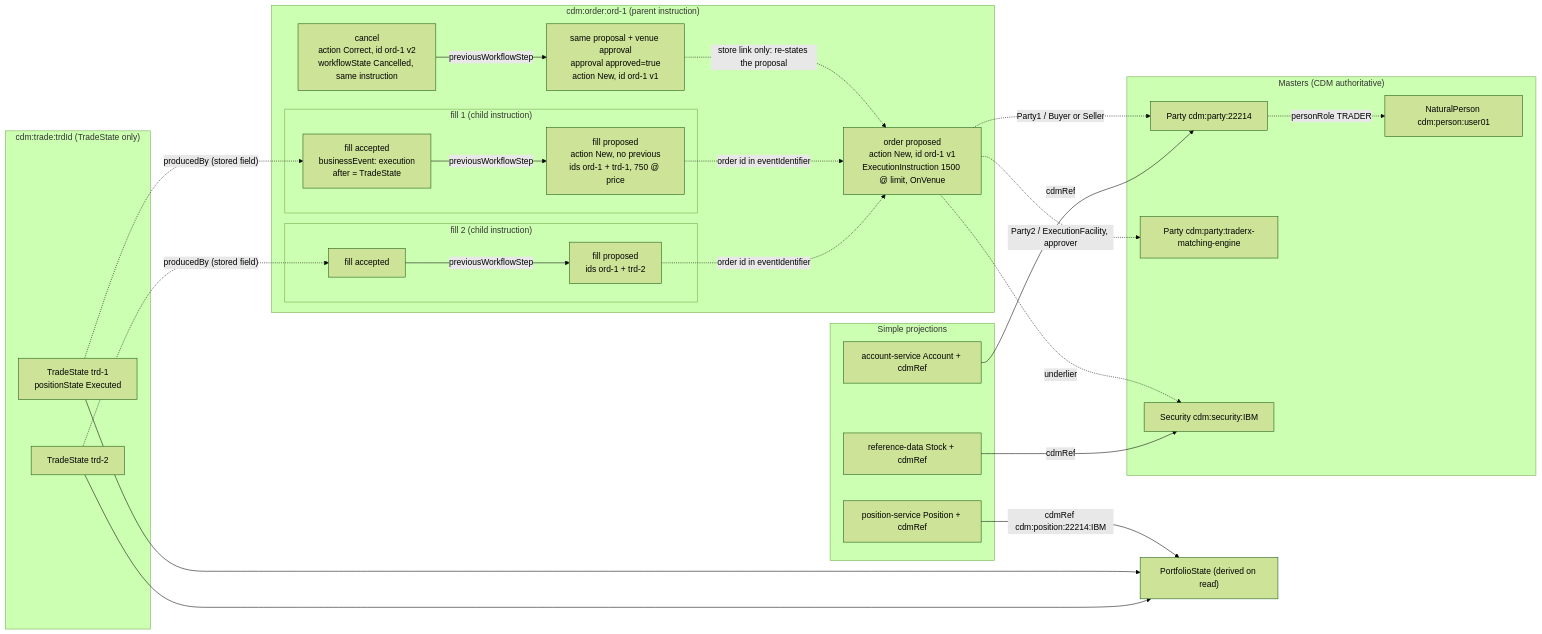
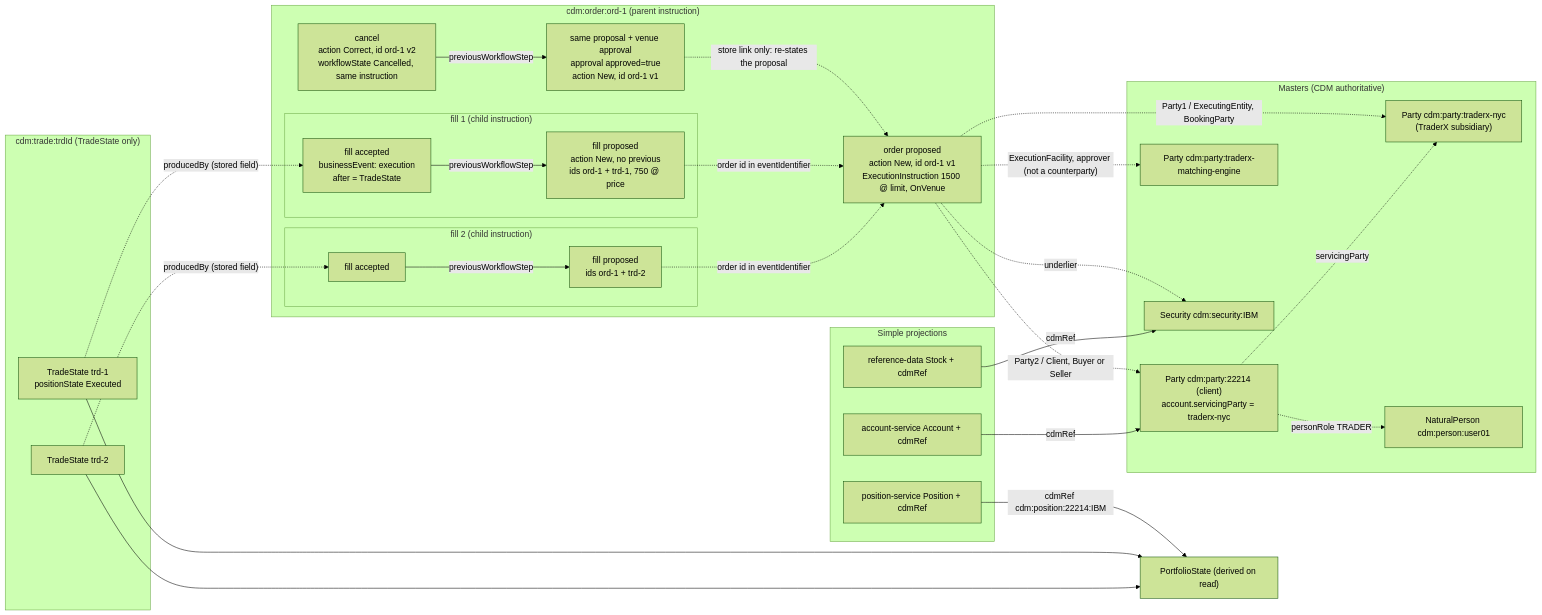
Before and after one commit to iansloyan/traderX: the diagram in specs/017-cdm-lifecycle-mapping/contracts/cdm-mapping.md, drawn with Mermaid (forest theme). The commit also changed other lines of this file and 13 other files, not shown here.

First line of the commit message:
docs(017): dealer/client party model across UI, scenarios and specs

````diff
--- a/specs/017-cdm-lifecycle-mapping/contracts/cdm-mapping.md
+++ b/specs/017-cdm-lifecycle-mapping/contracts/cdm-mapping.md
@@ -47,51 +47,54 @@
 ```mermaid
 flowchart LR
   subgraph order["cdm:order:ord-1 (parent instruction)"]
     P["order proposed<br/>action New, id ord-1 v1<br/>ExecutionInstruction 1500 @ limit, OnVenue"]
     AP["same proposal + venue approval<br/>approval approved=true<br/>action New, id ord-1 v1"]
     C["cancel<br/>action Correct, id ord-1 v2<br/>workflowState Cancelled, same instruction"]
     subgraph fill1["fill 1 (child instruction)"]
       FP1["fill proposed<br/>action New, no previous<br/>ids ord-1 + trd-1, 750 @ price"]
       FA1["fill accepted<br/>businessEvent: execution<br/>after = TradeState"]
     end
     subgraph fill2["fill 2 (child instruction)"]
       FP2["fill proposed<br/>ids ord-1 + trd-2"]
       FA2["fill accepted"]
     end
   end
   AP -.->|"store link only: re-states the proposal"| P
   C -->|previousWorkflowStep| AP
   FA1 -->|previousWorkflowStep| FP1
   FA2 -->|previousWorkflowStep| FP2
   FP1 -.->|"order id in eventIdentifier"| P
   FP2 -.->|"order id in eventIdentifier"| P
 
   subgraph trades["cdm:trade:trdId (TradeState only)"]
     T1["TradeState trd-1<br/>positionState Executed"]
     T2["TradeState trd-2"]
   end
   T1 -.->|"producedBy (stored field)"| FA1
   T2 -.->|"producedBy (stored field)"| FA2
 
   subgraph masters["Masters (CDM authoritative)"]
-    PA["Party cdm:party:22214"]
+    PA["Party cdm:party:22214 (client)<br/>account.servicingParty = traderx-nyc"]
+    DE["Party cdm:party:traderx-nyc<br/>(TraderX subsidiary)"]
     VE["Party cdm:party:traderx-matching-engine"]
     NP["NaturalPerson cdm:person:user01"]
     SE["Security cdm:security:IBM"]
   end
-  P -. "Party1 / Buyer or Seller" .-> PA
-  P -. "Party2 / ExecutionFacility, approver" .-> VE
+  P -. "Party2 / Client, Buyer or Seller" .-> PA
+  P -. "Party1 / ExecutingEntity, BookingParty" .-> DE
+  P -. "ExecutionFacility, approver (not a counterparty)" .-> VE
+  PA -. "servicingParty" .-> DE
   P -. underlier .-> SE
   PA -. "personRole TRADER" .-> NP
 
   subgraph projections["Simple projections"]
     ACC["account-service Account + cdmRef"]
     STK["reference-data Stock + cdmRef"]
     POS["position-service Position + cdmRef"]
   end
   ACC -->|cdmRef| PA
   STK -->|cdmRef| SE
   POS -->|"cdmRef cdm:position:22214:IBM"| PS["PortfolioState (derived on read)"]
   T1 --> PS
   T2 --> PS
 ```
````
